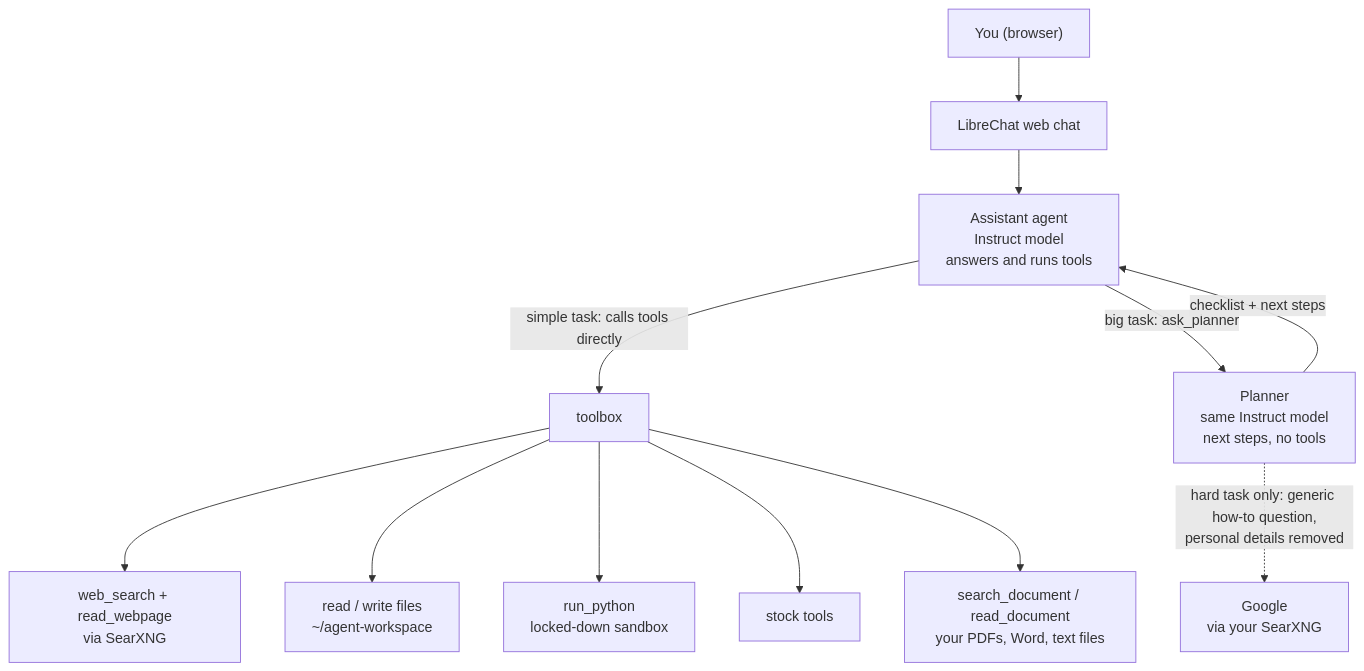
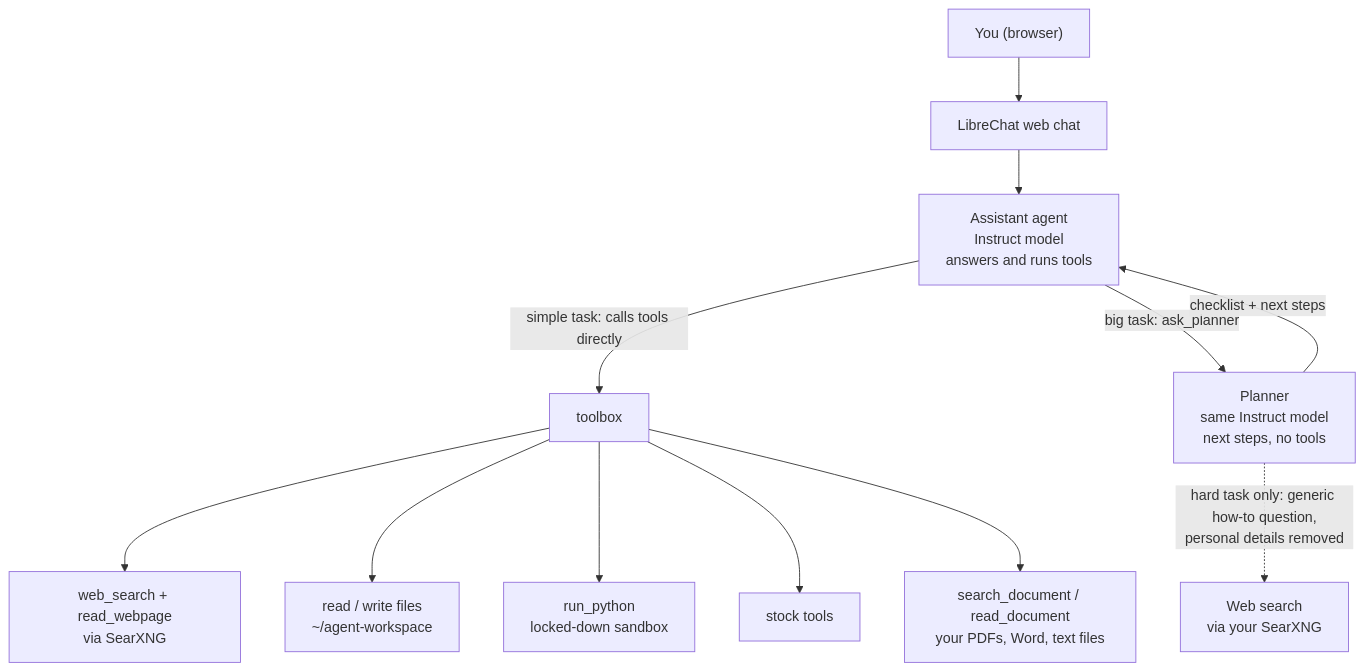
Before and after one commit to dhoon-ai/dhoon: the first of 2 diagrams in README.md, drawn with Mermaid. The commit also changed other lines of this file and 8 other files, not shown here.

First line of the commit message:
Make the hard-task research generic: any SearXNG engines, not only Google

````diff
--- a/README.md
+++ b/README.md
@@ -65,14 +65,14 @@
 ```mermaid
 flowchart TD
     U["You (browser)"] --> LC["LibreChat web chat"]
     LC --> A["Assistant agent<br/>Instruct model<br/>answers and runs tools"]
     A -->|"simple task: calls tools directly"| T["toolbox"]
     A -->|"big task: ask_planner"| P["Planner<br/>same Instruct model<br/>next steps, no tools"]
-    P -.->|"hard task only: generic how-to question,<br/>personal details removed"| G["Google<br/>via your SearXNG"]
+    P -.->|"hard task only: generic how-to question,<br/>personal details removed"| G["Web search<br/>via your SearXNG"]
     P -->|"checklist + next steps"| A
     T --> W["web_search + read_webpage<br/>via SearXNG"]
     T --> F["read / write files<br/>~/agent-workspace"]
     T --> PY["run_python<br/>locked-down sandbox"]
     T --> S["stock tools"]
     T --> D["search_document / read_document<br/>your PDFs, Word, text files"]
 ```
````
